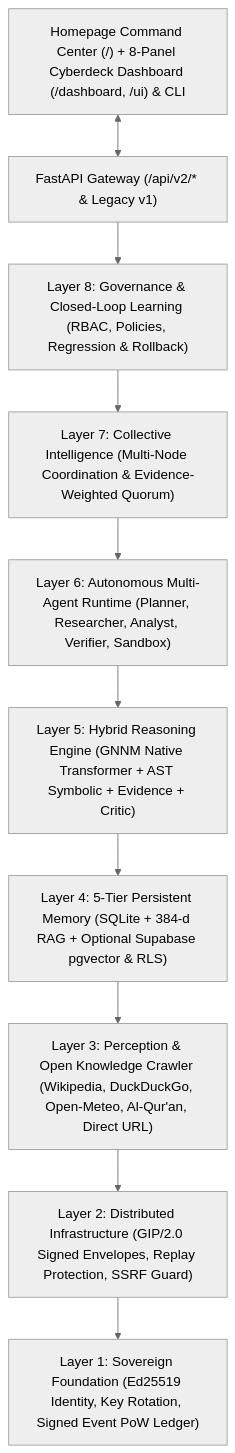
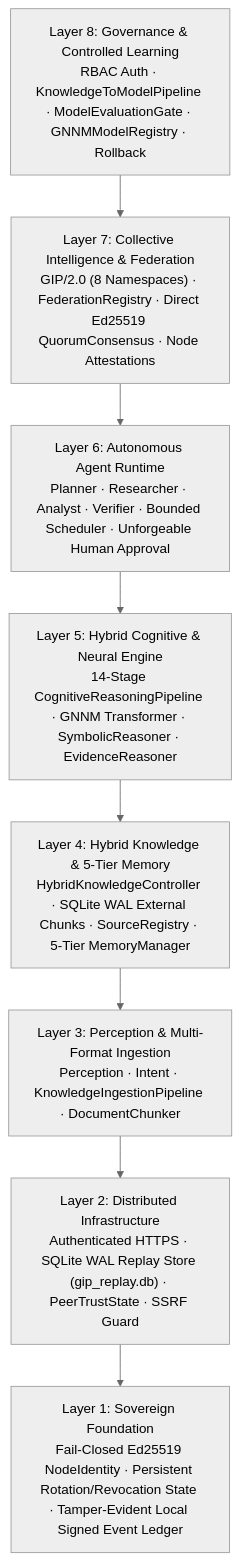
Before and after one commit to hoed/gajahmada-ai: the second of 2 diagrams in ARCHITECTURE.md, drawn with Mermaid (neutral theme). The commit also changed other lines of this file and 29 other files, not shown here.

Commit message:
update GNNM Hybrid Model Transformer

````diff
--- a/ARCHITECTURE.md
+++ b/ARCHITECTURE.md
@@ -20,12 +54,13 @@
 ```mermaid
 flowchart TD
-    UI["Homepage Command Center (/) + 8-Panel Cyberdeck Dashboard (/dashboard, /ui) & CLI"] <--> API["FastAPI Gateway (/api/v2/* & Legacy v1)"]
-    API --> L8["Layer 8: Governance & Closed-Loop Learning (RBAC, Policies, Regression & Rollback)"]
-    L8 --> L7["Layer 7: Collective Intelligence (Multi-Node Coordination & Evidence-Weighted Quorum)"]
-    L7 --> L6["Layer 6: Autonomous Multi-Agent Runtime (Planner, Researcher, Analyst, Verifier, Sandbox)"]
-    L6 --> L5["Layer 5: Hybrid Reasoning Engine (GNNM Native Transformer + AST Symbolic + Evidence + Critic)"]
-    L5 --> L4["Layer 4: 5-Tier Persistent Memory (SQLite + 384-d RAG + Optional Supabase pgvector & RLS)"]
-    L4 --> L3["Layer 3: Perception & Open Knowledge Crawler (Wikipedia, DuckDuckGo, Open-Meteo, Al-Qur'an, Direct URL)"]
-    L3 --> L2["Layer 2: Distributed Infrastructure (GIP/2.0 Signed Envelopes, Replay Protection, SSRF Guard)"]
-    L2 --> L1["Layer 1: Sovereign Foundation (Ed25519 Identity, Key Rotation, Signed Event PoW Ledger)"]
+    L8["Layer 8: Governance & Controlled Learning<br/>RBAC Auth · KnowledgeToModelPipeline · ModelEvaluationGate · GNNMModelRegistry · Rollback"]
+    L7["Layer 7: Collective Intelligence & Federation<br/>GIP/2.0 (8 Namespaces) · FederationRegistry · Direct Ed25519 QuorumConsensus · Node Attestations"]
+    L6["Layer 6: Autonomous Agent Runtime<br/>Planner · Researcher · Analyst · Verifier · Bounded Scheduler · Unforgeable Human Approval"]
+    L5["Layer 5: Hybrid Cognitive & Neural Engine<br/>14-Stage CognitiveReasoningPipeline · GNNM Transformer · SymbolicReasoner · EvidenceReasoner"]
+    L4["Layer 4: Hybrid Knowledge & 5-Tier Memory<br/>HybridKnowledgeController · SQLite WAL External Chunks · SourceRegistry · 5-Tier MemoryManager"]
+    L3["Layer 3: Perception & Multi-Format Ingestion<br/>Perception · Intent · KnowledgeIngestionPipeline · DocumentChunker"]
+    L2["Layer 2: Distributed Infrastructure<br/>Authenticated HTTPS · SQLite WAL Replay Store (gip_replay.db) · PeerTrustState · SSRF Guard"]
+    L1["Layer 1: Sovereign Foundation<br/>Fail-Closed Ed25519 NodeIdentity · Persistent Rotation/Revocation State · Tamper-Evident Local Signed Event Ledger"]
+
+    L8 --> L7 --> L6 --> L5 --> L4 --> L3 --> L2 --> L1
 ```
````
